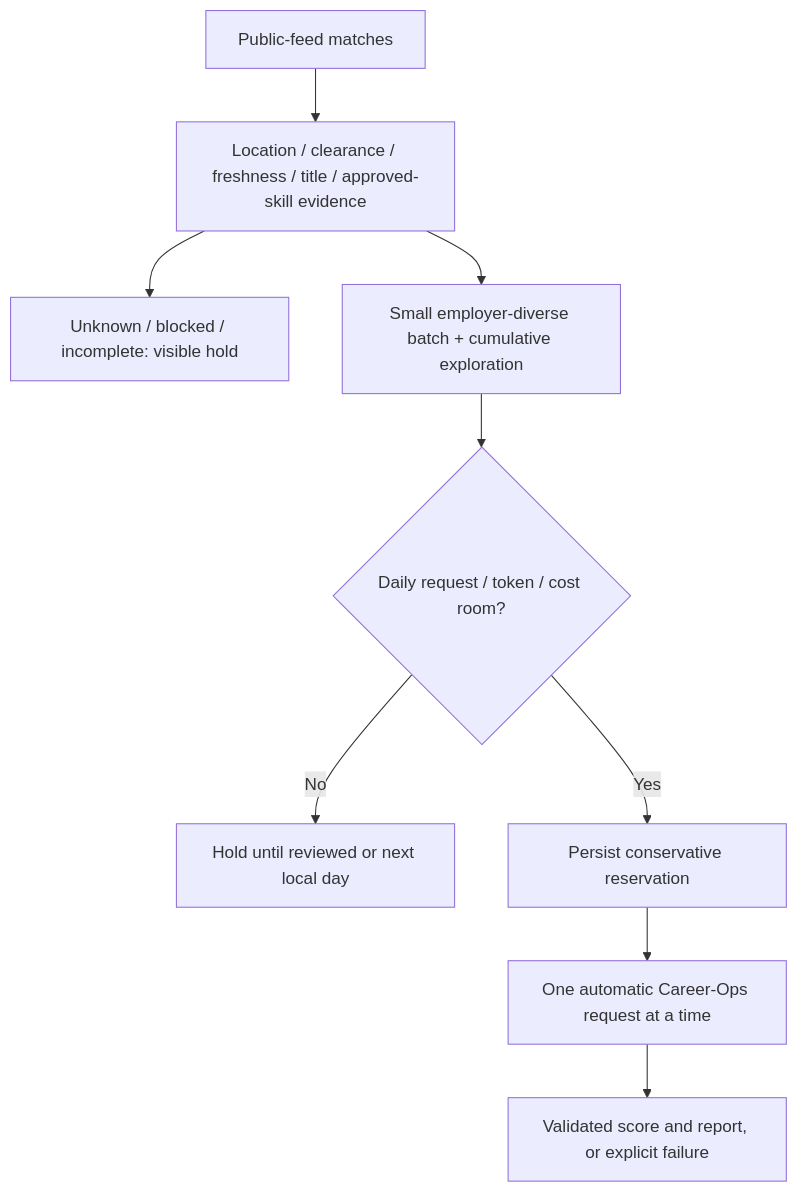
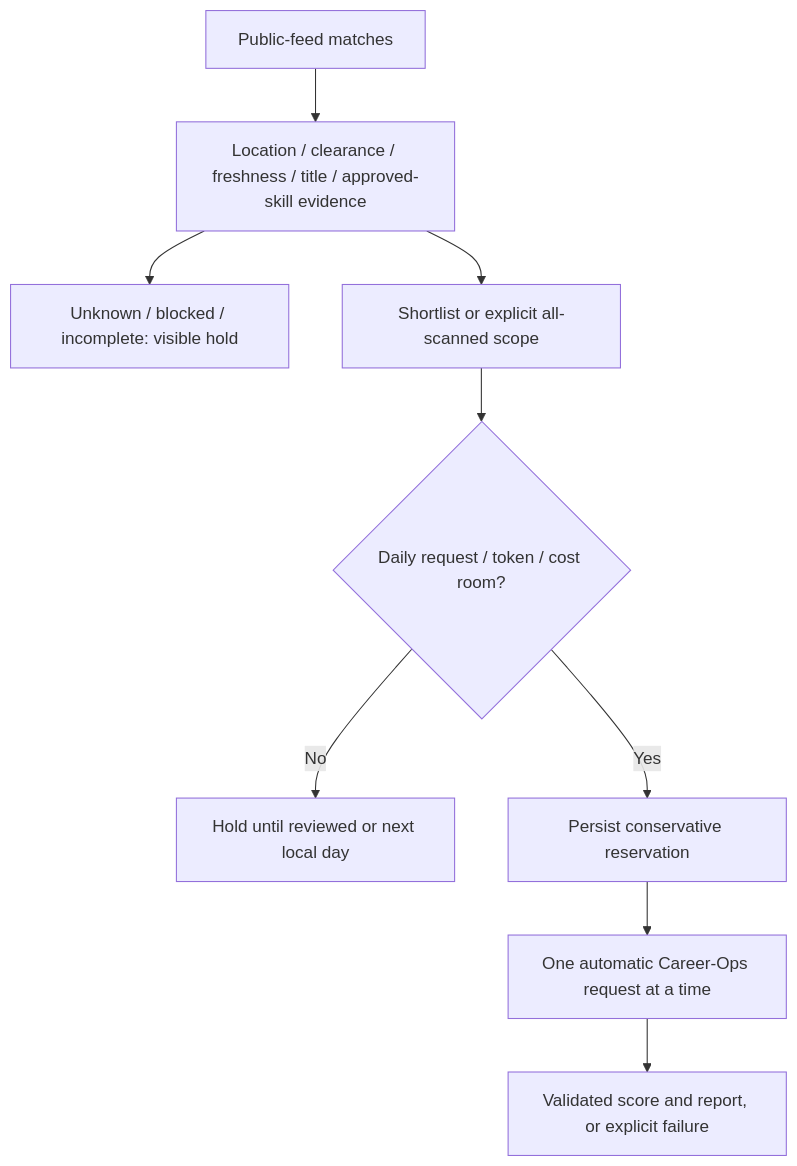
One commit to xavier1of1/Maxim-Applier changed the fourth of 7 diagrams in README.md. Above: the diagram before and after it, drawn with Mermaid. The commit also changed other lines of this file and 56 other files, not shown here.

````diff
--- a/README.md
+++ b/README.md
@@ -83,11 +109,11 @@
 ```mermaid
 flowchart TD
  Scan[Public-feed matches] --> Rules[Location / clearance / freshness / title / approved-skill evidence]
  Rules --> Hold[Unknown / blocked / incomplete: visible hold]
- Rules --> Batch[Small employer-diverse batch + cumulative exploration]
+ Rules --> Batch[Shortlist or explicit all-scanned scope]
  Batch --> Allowance{Daily request / token / cost room?}
  Allowance -->|No| Wait[Hold until reviewed or next local day]
  Allowance -->|Yes| Reserve[Persist conservative reservation]
  Reserve --> Evaluate[One automatic Career-Ops request at a time]
  Evaluate --> Current[Validated score and report, or explicit failure]
 ```
````
